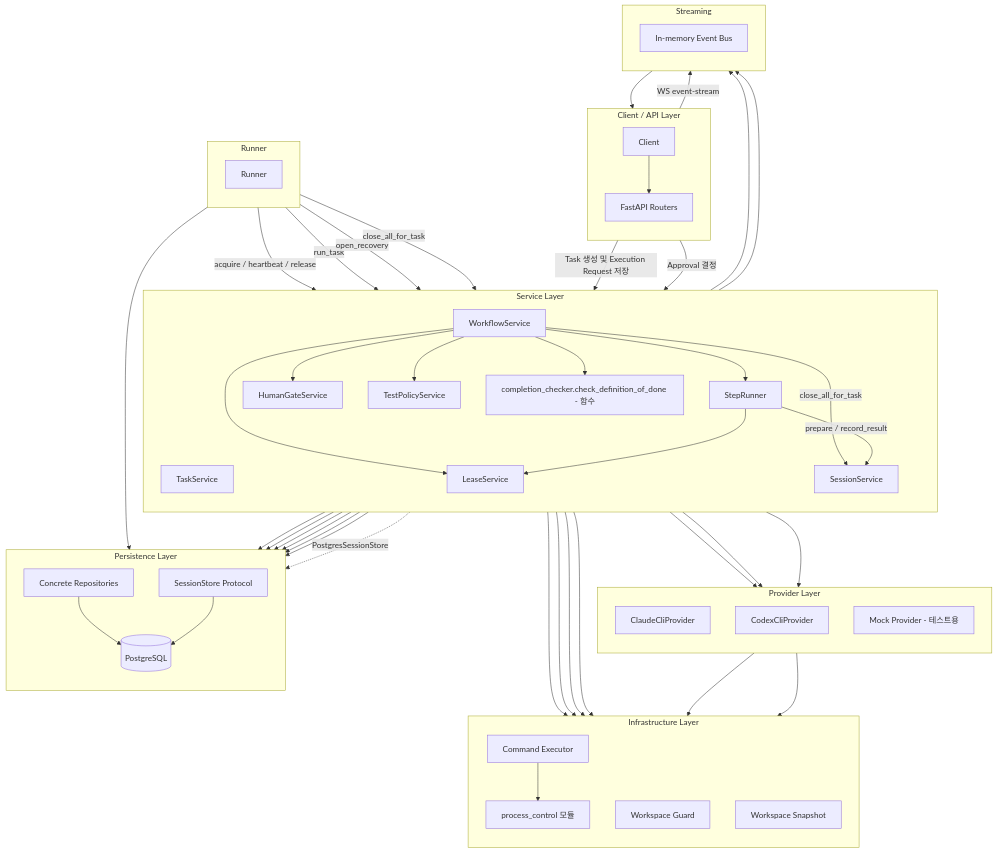
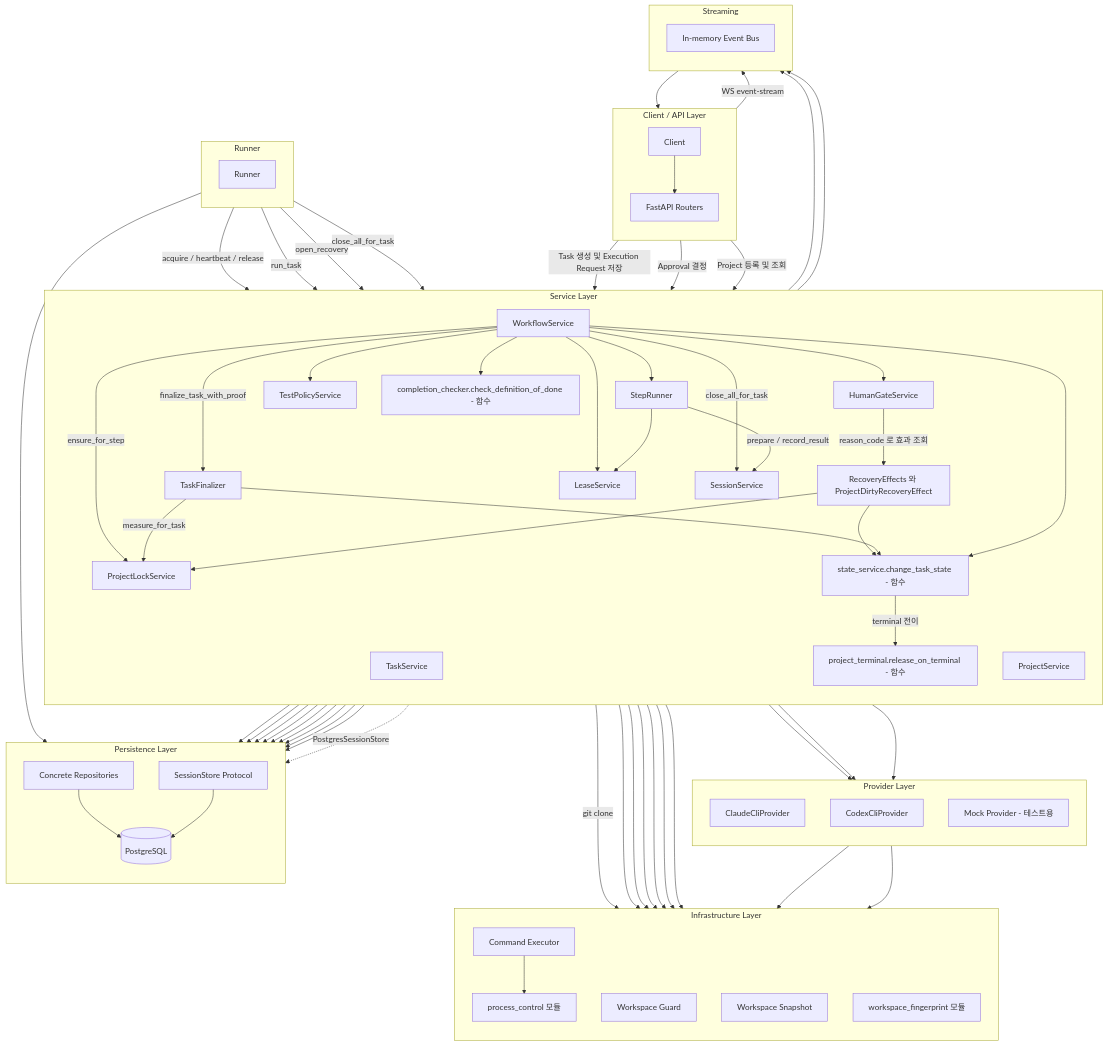
One commit to mdgome/orchestra-ai changed the diagram in docs/workflow/02-architecture.md. Above: the diagram before and after it, drawn with Mermaid. The commit also changed other lines of this file and 13 other files, not shown here.

```diff
--- a/docs/workflow/02-architecture.md
+++ b/docs/workflow/02-architecture.md
@@ -29,6 +29,12 @@
         SESSION["SessionService"]
         TEST["TestPolicyService"]
         COMPLETE["completion_checker.check_definition_of_done - 함수"]
+        PROJ["ProjectService"]
+        LOCK["ProjectLockService"]
+        FIN["TaskFinalizer"]
+        EFFECTS["RecoveryEffects 와 ProjectDirtyRecoveryEffect"]
+        PTERM["project_terminal.release_on_terminal - 함수"]
+        STATE["state_service.change_task_state - 함수"]
     end
 
     subgraph PROVIDERS["Provider Layer"]
@@ -44,6 +50,7 @@
         PROC["process_control 모듈"]
         GUARD["Workspace Guard"]
         SNAP["Workspace Snapshot"]
+        FPRINT["workspace_fingerprint 모듈"]
     end
 
     subgraph DATA["Persistence Layer"]
@@ -61,6 +68,22 @@
     USER --> API
     API -->|"Task 생성 및 Execution Request 저장"| TASK
     API -->|"Approval 결정"| GATE
+    API -->|"Project 등록 및 조회"| PROJ
+    PROJ -->|"git clone"| EXEC
+    PROJ --> FPRINT
+    PROJ --> REPO
+    WF -->|"ensure_for_step"| LOCK
+    WF -->|"finalize_task_with_proof"| FIN
+    FIN -->|"measure_for_task"| LOCK
+    LOCK --> FPRINT
+    LOCK --> REPO
+    GATE -->|"reason_code 로 효과 조회"| EFFECTS
+    EFFECTS --> LOCK
+    EFFECTS --> STATE
+    FIN --> STATE
+    WF --> STATE
+    STATE -->|"terminal 전이"| PTERM
+    PTERM --> REPO
     RUNNER -->|"acquire / heartbeat / release"| LEASE
     RUNNER -->|"run_task"| WF
     RUNNER -->|"open_recovery"| GATE
```
